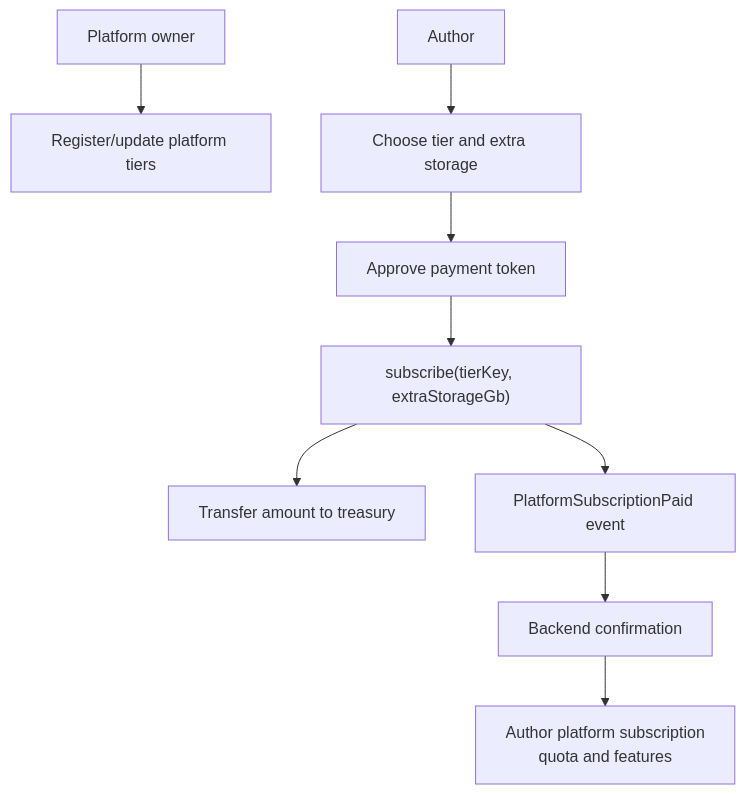
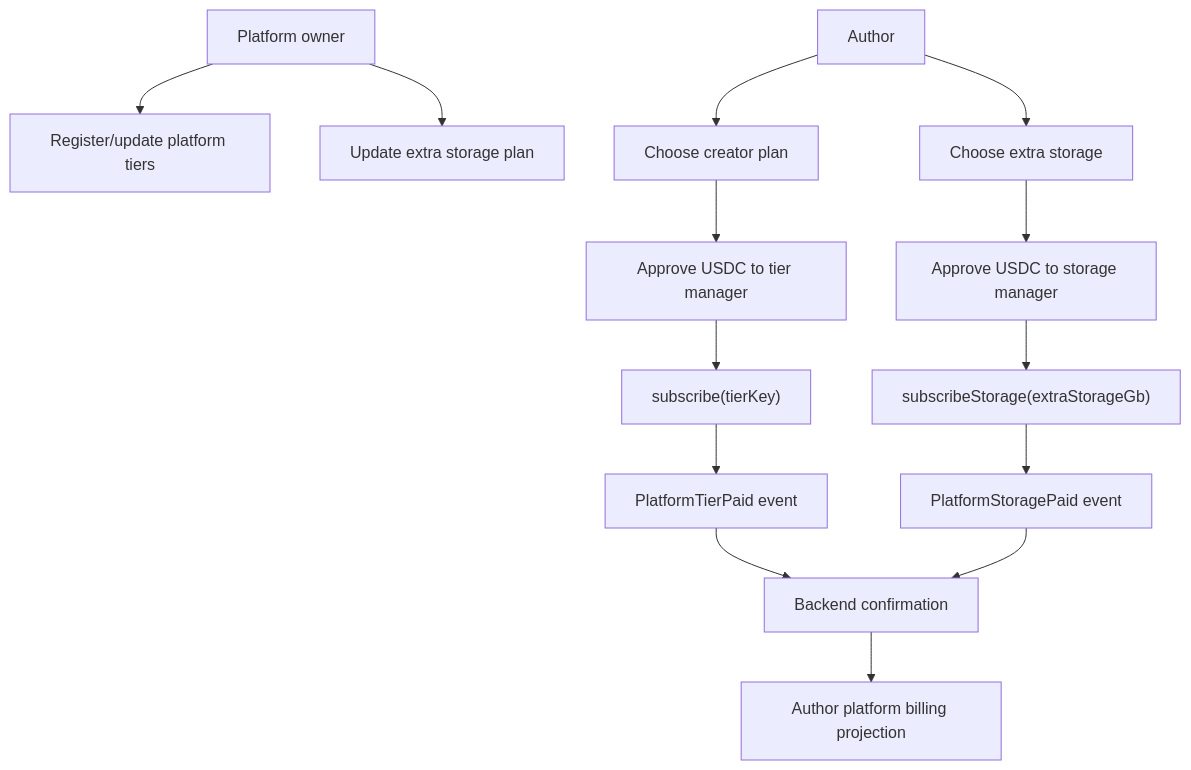
The third of 3 diagrams in documentation/smart-contracts/index.md (akhmetovKamil/useContent), drawn with Mermaid before and after one commit. The commit also changed other lines of this file and 36 other files, not shown here.

Commit message:
Split platform tier and storage billing contracts

````diff
--- a/documentation/smart-contracts/index.md
+++ b/documentation/smart-contracts/index.md
@@ -55,11 +56,16 @@
 ```mermaid
 flowchart TD
     Owner["Platform owner"] --> Tiers["Register/update platform tiers"]
-    Author["Author"] --> Choose["Choose tier and extra storage"]
-    Choose --> Approve["Approve payment token"]
-    Approve --> Subscribe["subscribe(tierKey, extraStorageGb)"]
-    Subscribe --> Treasury["Transfer amount to treasury"]
-    Subscribe --> Event["PlatformSubscriptionPaid event"]
-    Event --> Backend["Backend confirmation"]
-    Backend --> Billing["Author platform subscription<br/>quota and features"]
+    Owner --> StoragePlan["Update extra storage plan"]
+    Author["Author"] --> PlanChoice["Choose creator plan"]
+    Author --> StorageChoice["Choose extra storage"]
+    PlanChoice --> ApproveTier["Approve USDC to tier manager"]
+    StorageChoice --> ApproveStorage["Approve USDC to storage manager"]
+    ApproveTier --> TierSubscribe["subscribe(tierKey)"]
+    ApproveStorage --> StorageSubscribe["subscribeStorage(extraStorageGb)"]
+    TierSubscribe --> TierEvent["PlatformTierPaid event"]
+    StorageSubscribe --> StorageEvent["PlatformStoragePaid event"]
+    TierEvent --> Backend["Backend confirmation"]
+    StorageEvent --> Backend
+    Backend --> Billing["Author platform billing projection"]
 ```
````
